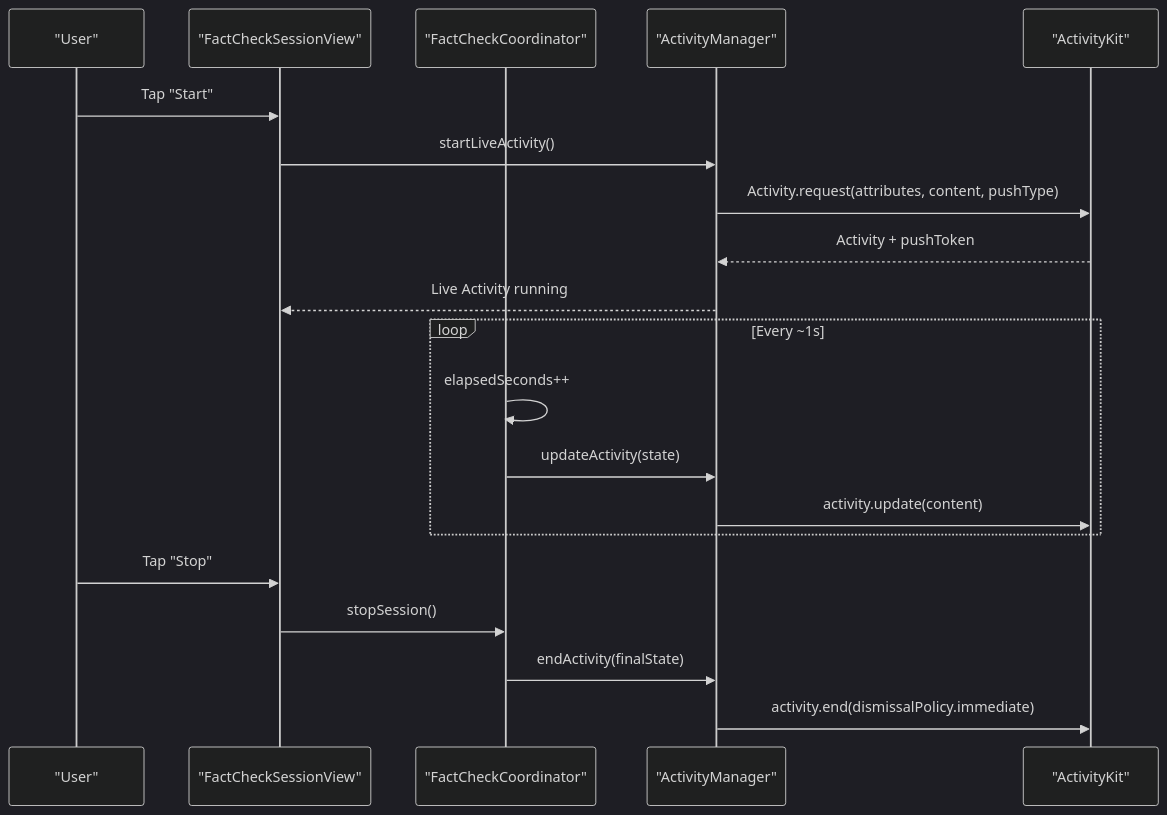
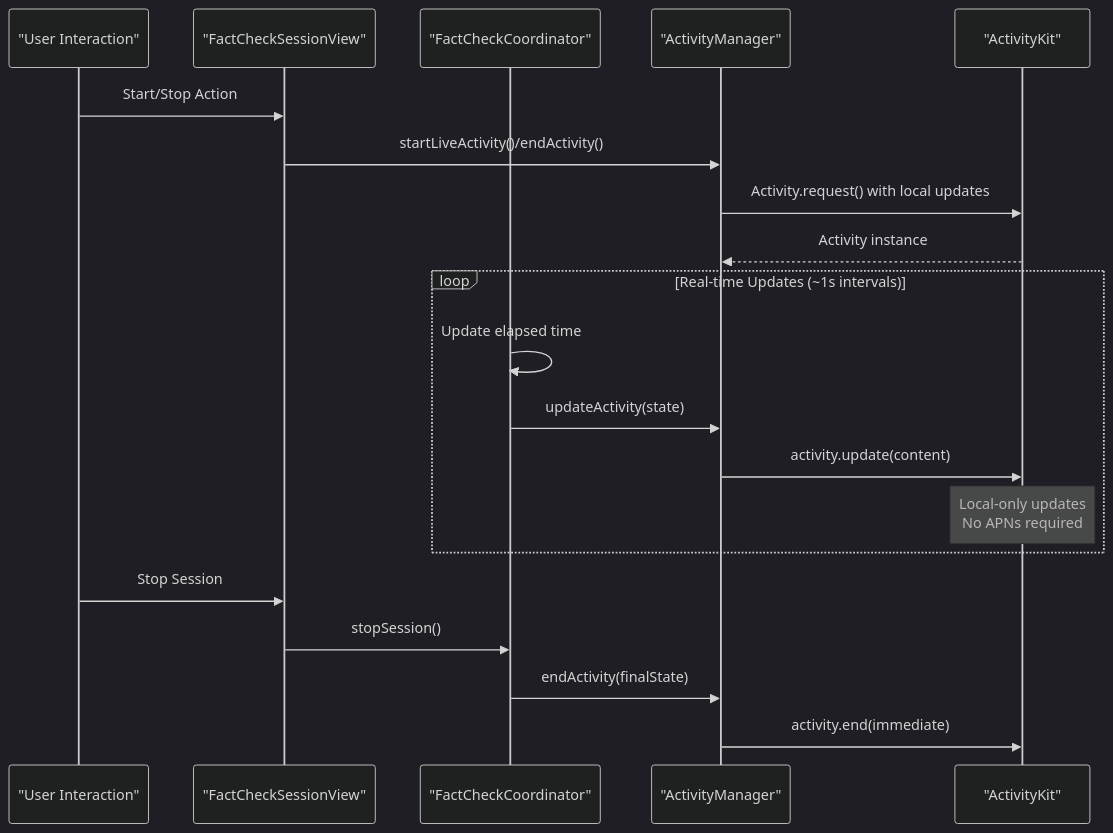
One commit to alexandreybasta-cyber/factshield-ios changed the second of 9 diagrams in .qoder/repowiki/en/content/Live Activity Integration/Live Activity Integration.md. Above: the diagram before and after it, drawn with Mermaid (dark theme). The commit also changed other lines of this file and 97 other files, not shown here.

````diff
--- a/.qoder/repowiki/en/content/Live Activity Integration/Live Activity Integration.md
+++ b/.qoder/repowiki/en/content/Live Activity Integration/Live Activity Integration.md
@@ -117,22 +128,22 @@
 ```mermaid
 sequenceDiagram
-participant User as "User"
+participant User as "User Interaction"
 participant UI as "FactCheckSessionView"
 participant Coord as "FactCheckCoordinator"
 participant AM as "ActivityManager"
 participant AK as "ActivityKit"
-User->>UI : Tap "Start"
-UI->>AM : startLiveActivity()
-AM->>AK : Activity.request(attributes, content, pushType)
-AK-->>AM : Activity + pushToken
-AM-->>UI : Live Activity running
-loop Every ~1s
-Coord->>Coord : elapsedSeconds++
+User->>UI : Start/Stop Action
+UI->>AM : startLiveActivity()/endActivity()
+AM->>AK : Activity.request() with local updates
+AK-->>AM : Activity instance
+loop Real-time Updates (~1s intervals)
+Coord->>Coord : Update elapsed time
 Coord->>AM : updateActivity(state)
 AM->>AK : activity.update(content)
+Note over AK : Local-only updates<br/>No APNs required
 end
-User->>UI : Tap "Stop"
+User->>UI : Stop Session
 UI->>Coord : stopSession()
 Coord->>AM : endActivity(finalState)
-AM->>AK : activity.end(dismissalPolicy.immediate)
+AM->>AK : activity.end(immediate)
 ```
````
